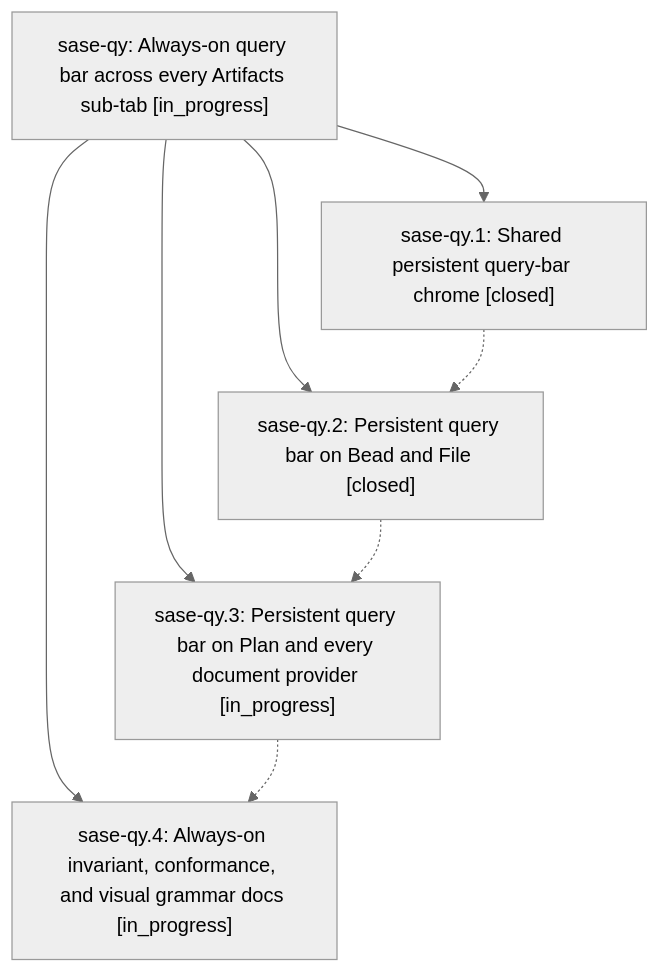
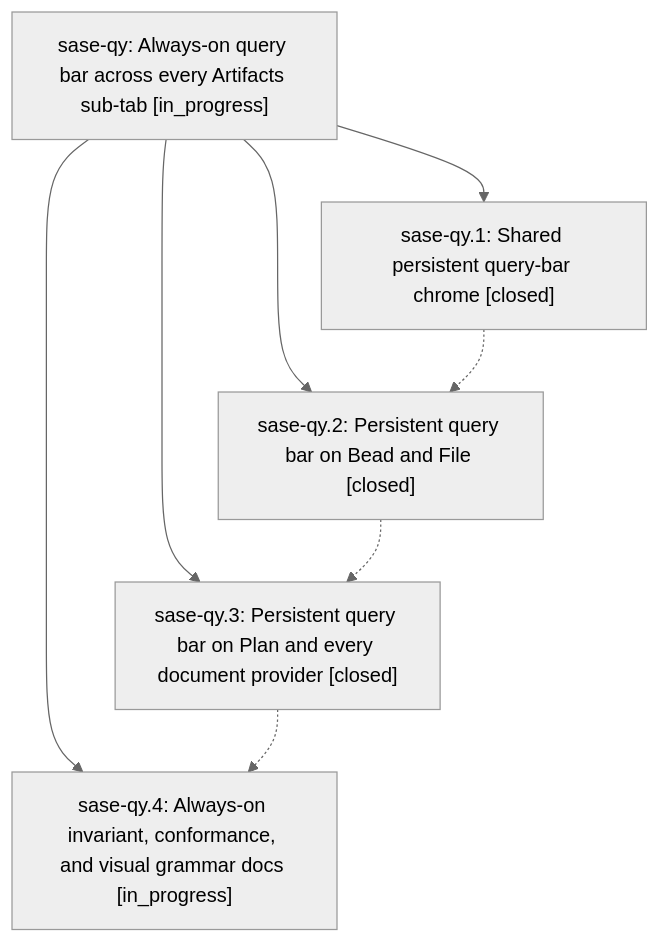
Before and after one commit to sase-org/sase--beads: the diagram in pages/sase-qy/README.md, drawn with Mermaid (neutral theme). The commit also changed other lines of this file and 3 other files, not shown here.

````diff
--- a/pages/sase-qy/README.md
+++ b/pages/sase-qy/README.md
@@ -25,15 +25,15 @@
 ```mermaid
 flowchart TD
     n0["sase-qy: Always-on query bar across every Artifacts sub-tab [in_progress]"]
     n1["sase-qy.1: Shared persistent query-bar chrome [closed]"]
     n2["sase-qy.2: Persistent query bar on Bead and File [closed]"]
-    n3["sase-qy.3: Persistent query bar on Plan and every document provider [in_progress]"]
+    n3["sase-qy.3: Persistent query bar on Plan and every document provider [closed]"]
     n4["sase-qy.4: Always-on invariant, conformance, and visual grammar docs [in_progress]"]
     n0 --> n1
     n0 --> n2
     n0 --> n3
     n0 --> n4
     n1 -.-> n2
     n2 -.-> n3
     n3 -.-> n4
 ```
````
